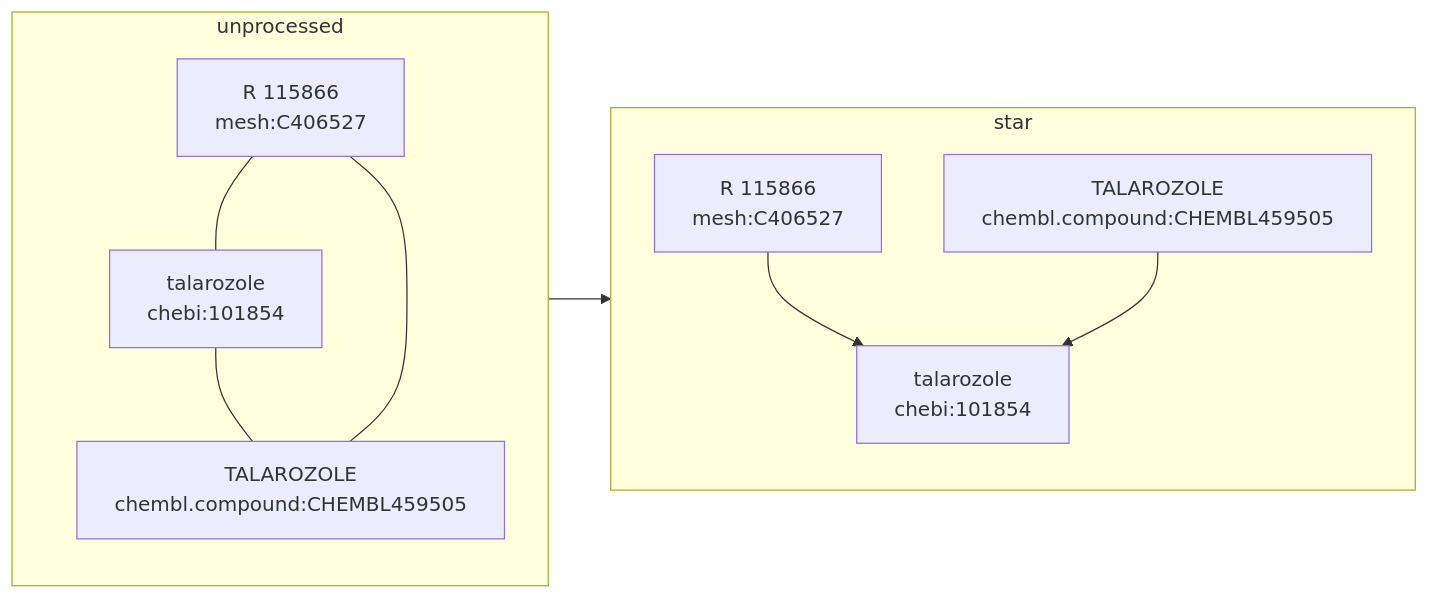
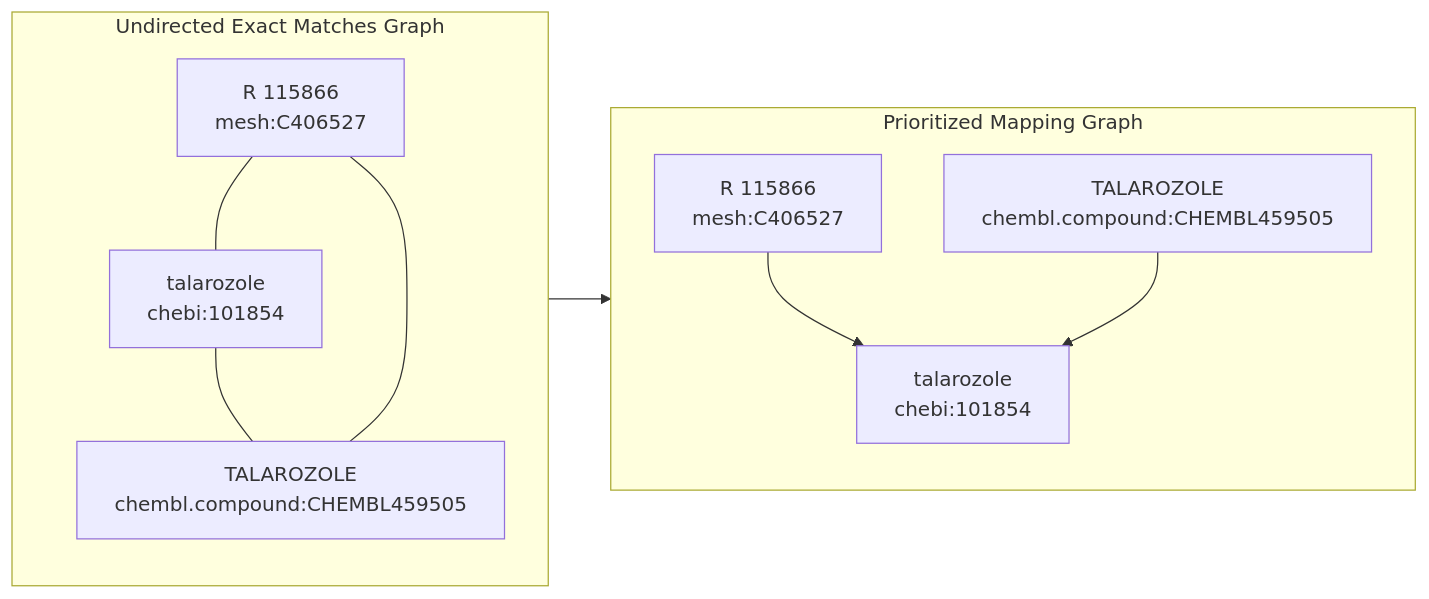
Before and after one commit to biopragmatics/semra: the fifth of 5 diagrams in README.md, drawn with Mermaid.

````diff
--- a/README.md
+++ b/README.md
@@ -227,13 +227,13 @@
 ```mermaid
 graph LR
-    subgraph unprocessed
+    subgraph unprocessed [Undirected Exact Matches Graph]
     A[R 115866<br/>mesh:C406527] --- B[talarozole<br/>chebi:101854]
     B --- C[TALAROZOLE<br/>chembl.compound:CHEMBL459505]
     A --- C
     end
-    subgraph star
+    subgraph star [Prioritized Mapping Graph]
     D[R 115866<br/>mesh:C406527] --> E[talarozole<br/>chebi:101854]
     F[TALAROZOLE<br/>chembl.compound:CHEMBL459505] --> E
     end    
     unprocessed --> star
 ```
````
